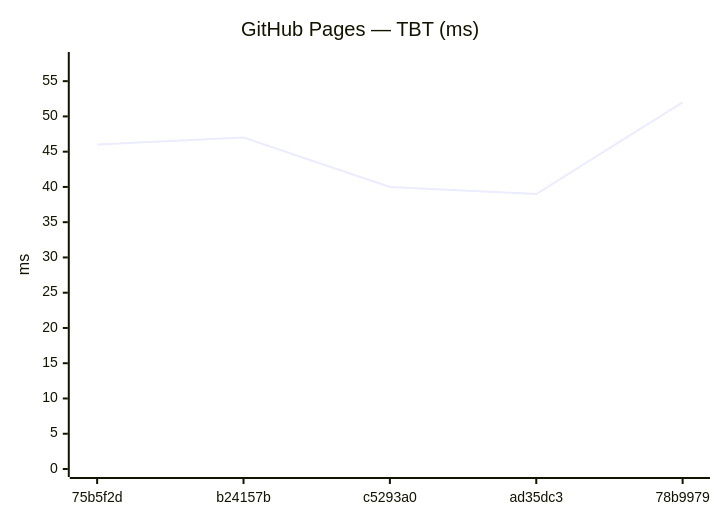
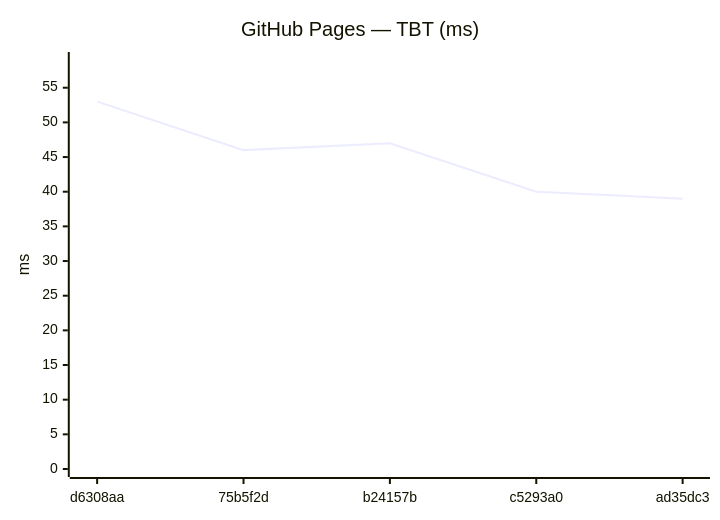
One commit to Metaheurist/Rianell changed diagram 12 of 24 in benchmarks/compare.md. Above: the diagram before and after it, drawn with Mermaid. The commit also changed other lines of this file and 14 other files, not shown here.

````diff
--- a/benchmarks/compare.md
+++ b/benchmarks/compare.md
@@ -176,7 +176,7 @@
 ```mermaid
 xychart-beta
     title "GitHub Pages — TBT (ms)"
-    x-axis ["75b5f2d", "b24157b", "c5293a0", "ad35dc3", "78b9979"]
-    y-axis "ms" 0 --> 58
-    line [46, 47, 40, 39, 52]
+    x-axis ["d6308aa", "75b5f2d", "b24157b", "c5293a0", "ad35dc3"]
+    y-axis "ms" 0 --> 59
+    line [53, 46, 47, 40, 39]
 ```
````
